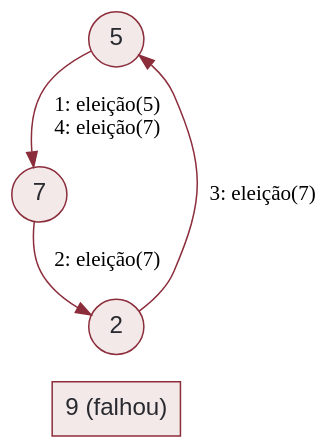
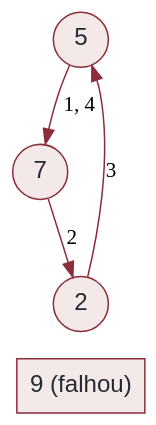
The diagram in src/content/cpd/anel-eleicao.dot (rodrgds/resumos), drawn with Graphviz before and after one commit. The commit also changed 25 other files, not shown here.

```diff
--- a/src/content/cpd/anel-eleicao.dot
+++ b/src/content/cpd/anel-eleicao.dot
@@ -1,10 +1,10 @@
 digraph Anel {
   graph [bgcolor="transparent", pad=0.3];
   node [shape=circle, style=filled, fillcolor="#f3e9e9", color="#8c2d3b", fontcolor="#292a30", fontname="Arial", fontsize=16];
   edge [color="#8c2d3b"];
-  5 -> 7 [label="1: eleição(5)\n4: eleição(7)"];
-  7 -> 2 [label="2: eleição(7)"];
-  2 -> 5 [label="3: eleição(7)"];
+  5 -> 7 [label="1, 4"];
+  7 -> 2 [label="2"];
+  2 -> 5 [label="3"];
   9 [label="9 (falhou)", shape=box];
   { rank=sink; 9; }
 }
```
